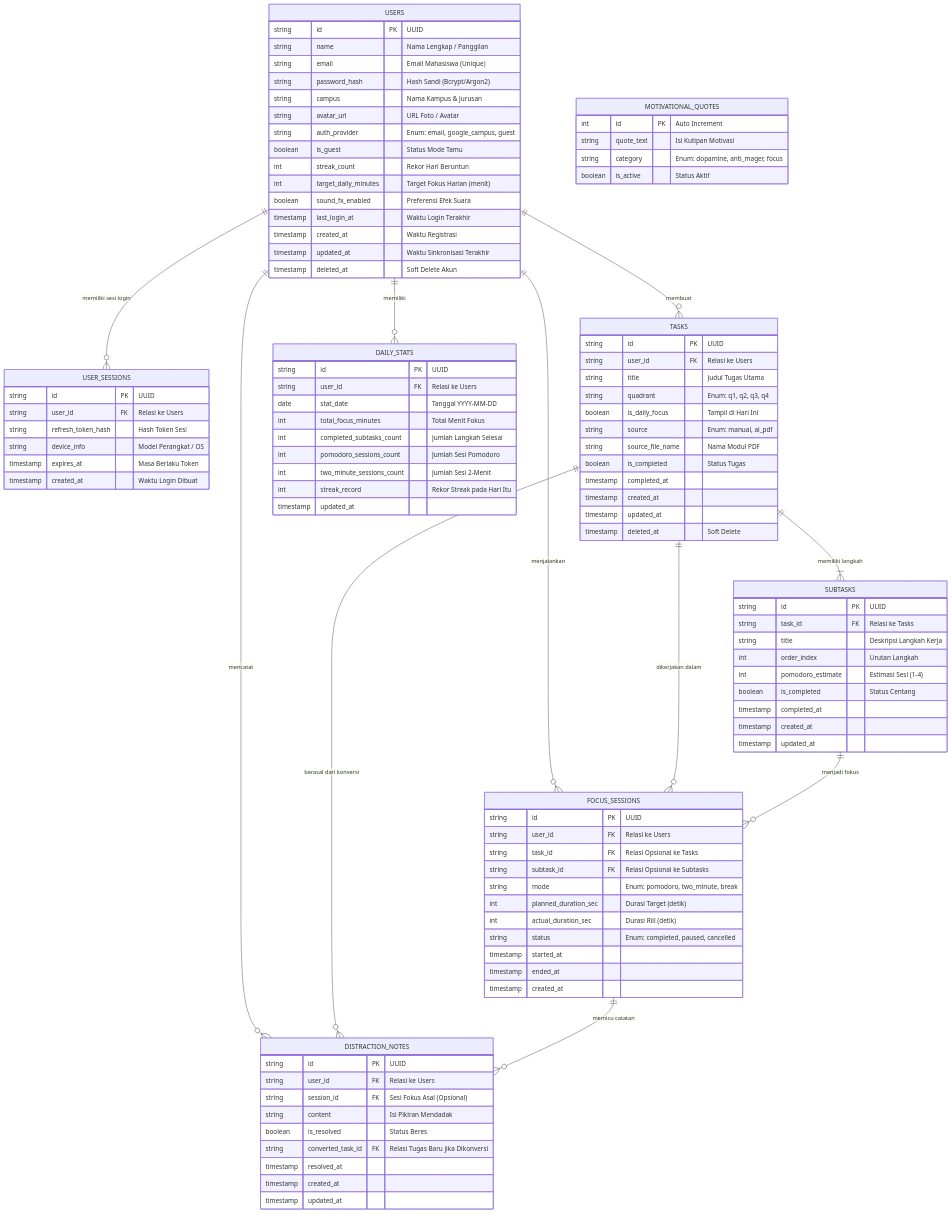
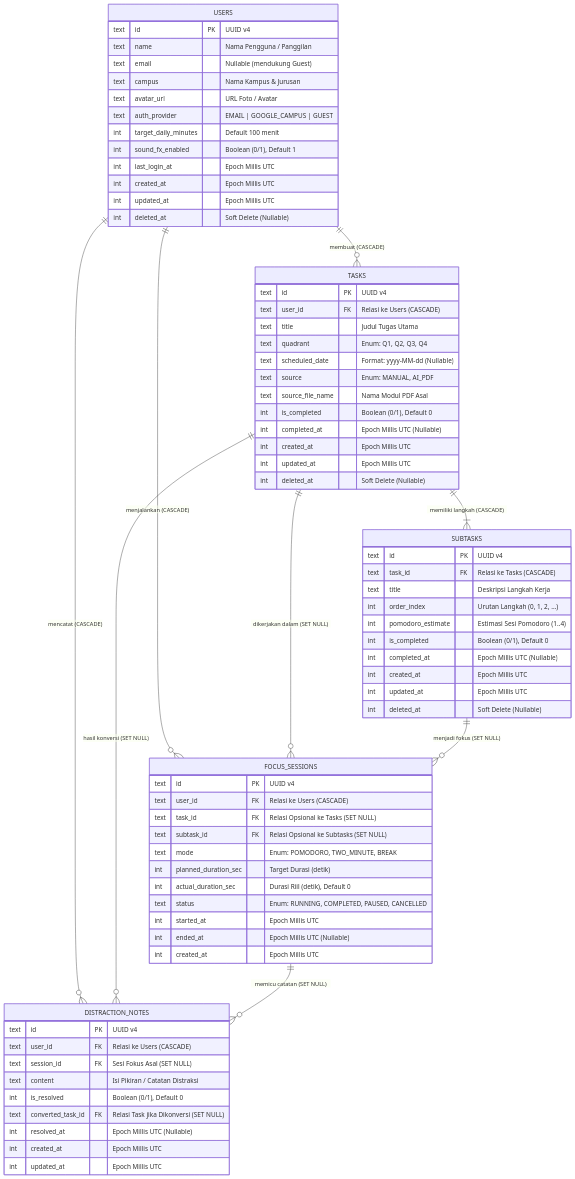
One commit to cpzz18/Fokus-Cuy changed the diagram in app/src/main/java/com/example/fokus_cuy/ERD_DATABASE_FOKUSCUY.md. Above: the diagram before and after it, drawn with Mermaid. The commit also changed other lines of this file and 48 other files, not shown here.

Commit message:
feat: implement Room database v2 with optimized ERD and clean architecture integration

````diff
--- a/app/src/main/java/com/example/fokus_cuy/ERD_DATABASE_FOKUSCUY.md
+++ b/app/src/main/java/com/example/fokus_cuy/ERD_DATABASE_FOKUSCUY.md
@@ -9,115 +9,83 @@
 ```mermaid
 erDiagram
-    USERS ||--o{ USER_SESSIONS : "memiliki sesi login"
-    USERS ||--o{ TASKS : "membuat"
-    USERS ||--o{ FOCUS_SESSIONS : "menjalankan"
-    USERS ||--o{ DISTRACTION_NOTES : "mencatat"
-    USERS ||--o{ DAILY_STATS : "memiliki"
+    USERS ||--o{ TASKS : "membuat (CASCADE)"
+    USERS ||--o{ FOCUS_SESSIONS : "menjalankan (CASCADE)"
+    USERS ||--o{ DISTRACTION_NOTES : "mencatat (CASCADE)"
 
-    TASKS ||--|{ SUBTASKS : "memiliki langkah"
-    TASKS ||--o{ FOCUS_SESSIONS : "dikerjakan dalam"
-    TASKS ||--o{ DISTRACTION_NOTES : "berasal dari konversi"
+    TASKS ||--|{ SUBTASKS : "memiliki langkah (CASCADE)"
+    TASKS ||--o{ FOCUS_SESSIONS : "dikerjakan dalam (SET NULL)"
+    TASKS ||--o{ DISTRACTION_NOTES : "hasil konversi (SET NULL)"
 
-    SUBTASKS ||--o{ FOCUS_SESSIONS : "menjadi fokus"
+    SUBTASKS ||--o{ FOCUS_SESSIONS : "menjadi fokus (SET NULL)"
 
-    FOCUS_SESSIONS ||--o{ DISTRACTION_NOTES : "memicu catatan"
+    FOCUS_SESSIONS ||--o{ DISTRACTION_NOTES : "memicu catatan (SET NULL)"
 
     USERS {
-        string id PK "UUID"
-        string name "Nama Lengkap / Panggilan"
-        string email "Email Mahasiswa (Unique)"
-        string password_hash "Hash Sandi (Bcrypt/Argon2)"
-        string campus "Nama Kampus & Jurusan"
-        string avatar_url "URL Foto / Avatar"
-        string auth_provider "Enum: email, google_campus, guest"
-        boolean is_guest "Status Mode Tamu"
-        int streak_count "Rekor Hari Beruntun"
-        int target_daily_minutes "Target Fokus Harian (menit)"
-        boolean sound_fx_enabled "Preferensi Efek Suara"
-        timestamp last_login_at "Waktu Login Terakhir"
-        timestamp created_at "Waktu Registrasi"
-        timestamp updated_at "Waktu Sinkronisasi Terakhir"
-        timestamp deleted_at "Soft Delete Akun"
-    }
-
-    USER_SESSIONS {
-        string id PK "UUID"
-        string user_id FK "Relasi ke Users"
-        string refresh_token_hash "Hash Token Sesi"
-        string device_info "Model Perangkat / OS"
-        timestamp expires_at "Masa Berlaku Token"
-        timestamp created_at "Waktu Login Dibuat"
+        text id PK "UUID v4"
+        text name "Nama Pengguna / Panggilan"
+        text email "Nullable (mendukung Guest)"
+        text campus "Nama Kampus & Jurusan"
+        text avatar_url "URL Foto / Avatar"
+        text auth_provider "EMAIL | GOOGLE_CAMPUS | GUEST"
+        int target_daily_minutes "Default 100 menit"
+        int sound_fx_enabled "Boolean (0/1), Default 1"
+        int last_login_at "Epoch Millis UTC"
+        int created_at "Epoch Millis UTC"
+        int updated_at "Epoch Millis UTC"
+        int deleted_at "Soft Delete (Nullable)"
     }
 
     TASKS {
-        string id PK "UUID"
-        string user_id FK "Relasi ke Users"
-        string title "Judul Tugas Utama"
-        string quadrant "Enum: q1, q2, q3, q4"
-        boolean is_daily_focus "Tampil di Hari Ini"
-        string source "Enum: manual, ai_pdf"
-        string source_file_name "Nama Modul PDF"
-        boolean is_completed "Status Tugas"
-        timestamp completed_at
-        timestamp created_at
-        timestamp updated_at
-        timestamp deleted_at "Soft Delete"
+        text id PK "UUID v4"
+        text user_id FK "Relasi ke Users (CASCADE)"
+        text title "Judul Tugas Utama"
+        text quadrant "Enum: Q1, Q2, Q3, Q4"
+        text scheduled_date "Format: yyyy-MM-dd (Nullable)"
+        text source "Enum: MANUAL, AI_PDF"
+        text source_file_name "Nama Modul PDF Asal"
+        int is_completed "Boolean (0/1), Default 0"
+        int completed_at "Epoch Millis UTC (Nullable)"
+        int created_at "Epoch Millis UTC"
+        int updated_at "Epoch Millis UTC"
+        int deleted_at "Soft Delete (Nullable)"
     }
 
     SUBTASKS {
-        string id PK "UUID"
-        string task_id FK "Relasi ke Tasks"
-        string title "Deskripsi Langkah Kerja"
-        int order_index "Urutan Langkah"
-        int pomodoro_estimate "Estimasi Sesi (1-4)"
-        boolean is_completed "Status Centang"
-        timestamp completed_at
-        timestamp created_at
-        timestamp updated_at
+        text id PK "UUID v4"
+        text task_id FK "Relasi ke Tasks (CASCADE)"
+        text title "Deskripsi Langkah Kerja"
+        int order_index "Urutan Langkah (0, 1, 2, ...)"
+        int pomodoro_estimate "Estimasi Sesi Pomodoro (1..4)"
+        int is_completed "Boolean (0/1), Default 0"
+        int completed_at "Epoch Millis UTC (Nullable)"
+        int created_at "Epoch Millis UTC"
+        int updated_at "Epoch Millis UTC"
+        int deleted_at "Soft Delete (Nullable)"
     }
 
     FOCUS_SESSIONS {
-        string id PK "UUID"
-        string user_id FK "Relasi ke Users"
-        string task_id FK "Relasi Opsional ke Tasks"
-        string subtask_id FK "Relasi Opsional ke Subtasks"
-        string mode "Enum: pomodoro, two_minute, break"
-        int planned_duration_sec "Durasi Target (detik)"
-        int actual_duration_sec "Durasi Riil (detik)"
-        string status "Enum: completed, paused, cancelled"
-        timestamp started_at
-        timestamp ended_at
-        timestamp created_at
+        text id PK "UUID v4"
+        text user_id FK "Relasi ke Users (CASCADE)"
+        text task_id FK "Relasi Opsional ke Tasks (SET NULL)"
+        text subtask_id FK "Relasi Opsional ke Subtasks (SET NULL)"
+        text mode "Enum: POMODORO, TWO_MINUTE, BREAK"
+        int planned_duration_sec "Target Durasi (detik)"
+        int actual_duration_sec "Durasi Riil (detik), Default 0"
+        text status "Enum: RUNNING, COMPLETED, PAUSED, CANCELLED"
+        int started_at "Epoch Millis UTC"
+        int ended_at "Epoch Millis UTC (Nullable)"
+        int created_at "Epoch Millis UTC"
     }
 
     DISTRACTION_NOTES {
-        string id PK "UUID"
-        string user_id FK "Relasi ke Users"
-        string session_id FK "Sesi Fokus Asal (Opsional)"
-        string content "Isi Pikiran Mendadak"
-        boolean is_resolved "Status Beres"
-        string converted_task_id FK "Relasi Tugas Baru jika Dikonversi"
-        timestamp resolved_at
-        timestamp created_at
-        timestamp updated_at
-    }
-
-    DAILY_STATS {
-        string id PK "UUID"
-        string user_id FK "Relasi ke Users"
-        date stat_date "Tanggal YYYY-MM-DD"
-        int total_focus_minutes "Total Menit Fokus"
-        int completed_subtasks_count "Jumlah Langkah Selesai"
-        int pomodoro_sessions_count "Jumlah Sesi Pomodoro"
-        int two_minute_sessions_count "Jumlah Sesi 2-Menit"
-        int streak_record "Rekor Streak pada Hari Itu"
-        timestamp updated_at
-    }
-
-    MOTIVATIONAL_QUOTES {
-        int id PK "Auto Increment"
-        string quote_text "Isi Kutipan Motivasi"
-        string category "Enum: dopamine, anti_mager, focus"
-        boolean is_active "Status Aktif"
+        text id PK "UUID v4"
+        text user_id FK "Relasi ke Users (CASCADE)"
+        text session_id FK "Sesi Fokus Asal (SET NULL)"
+        text content "Isi Pikiran / Catatan Distraksi"
+        int is_resolved "Boolean (0/1), Default 0"
+        text converted_task_id FK "Relasi Task jika Dikonversi (SET NULL)"
+        int resolved_at "Epoch Millis UTC (Nullable)"
+        int created_at "Epoch Millis UTC"
+        int updated_at "Epoch Millis UTC"
     }
 ```
````
